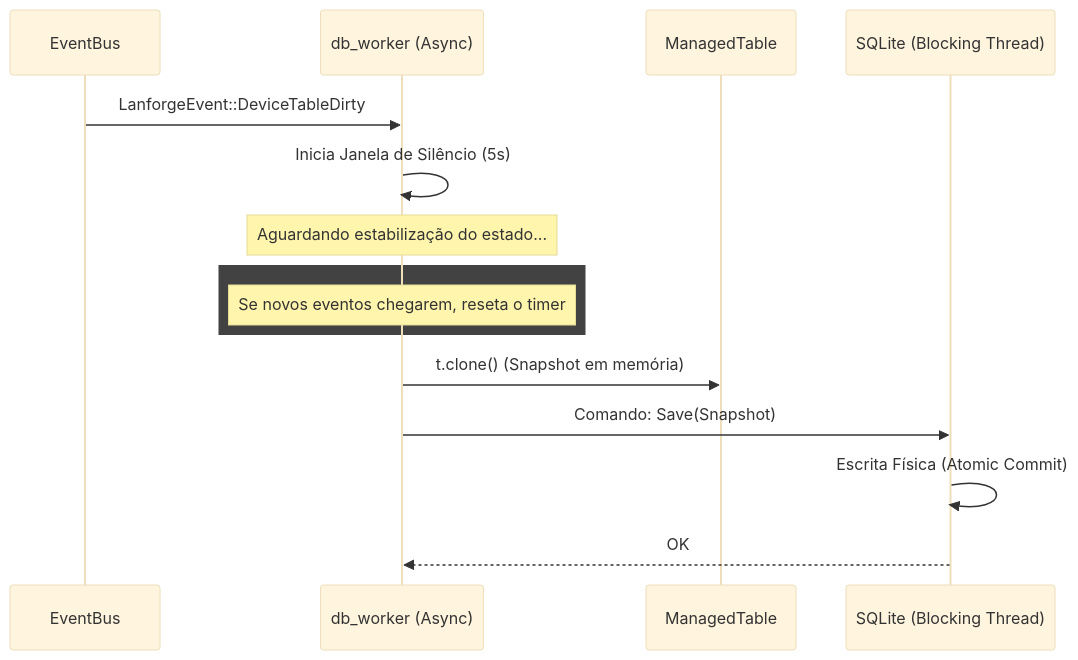
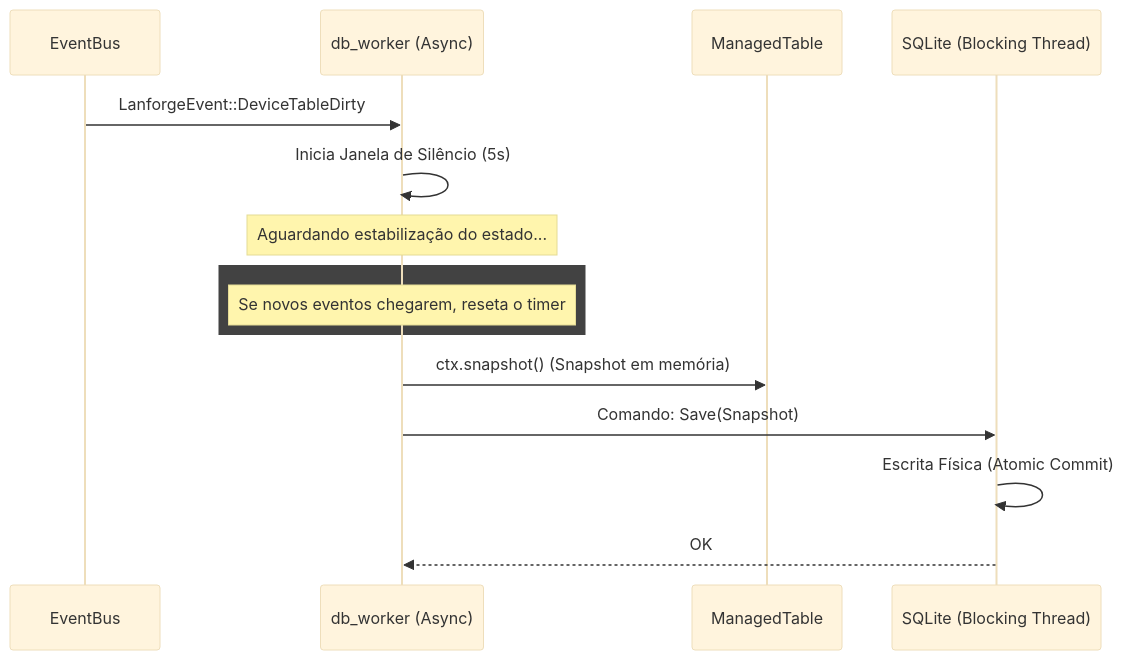
Before and after one commit to FerrahWolfeh/lanforge: the fourth of 4 diagrams in ARCHITECTURE.md, drawn with Mermaid (base theme). The commit also changed other lines of this file and 47 other files, not shown here.

````diff
--- a/ARCHITECTURE.md
+++ b/ARCHITECTURE.md
@@ -170,20 +170,20 @@
 ```mermaid
 sequenceDiagram
     participant EB as EventBus
     participant W as db_worker (Async)
     participant T as ManagedTable
     participant S as SQLite (Blocking Thread)
 
     EB->>W: LanforgeEvent::DeviceTableDirty
     W->>W: Inicia Janela de Silêncio (5s)
     Note over W: Aguardando estabilização do estado...
     
     rect rgba(66, 66, 66, 1)
     Note over W: Se novos eventos chegarem, reseta o timer
     end
 
-    W->>T: t.clone() (Snapshot em memória)
+    W->>T: ctx.snapshot() (Snapshot em memória)
     W->>S: Comando: Save(Snapshot)
     S->>S: Escrita Física (Atomic Commit)
     S-->>W: OK
 ```
````
